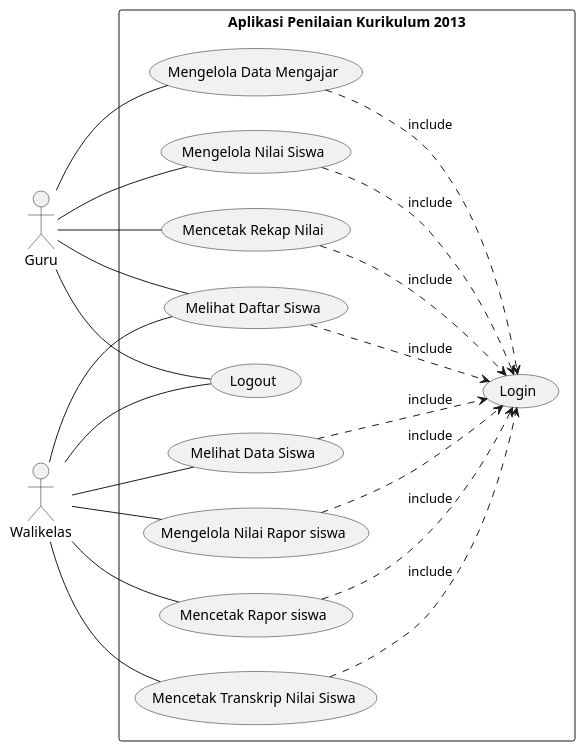
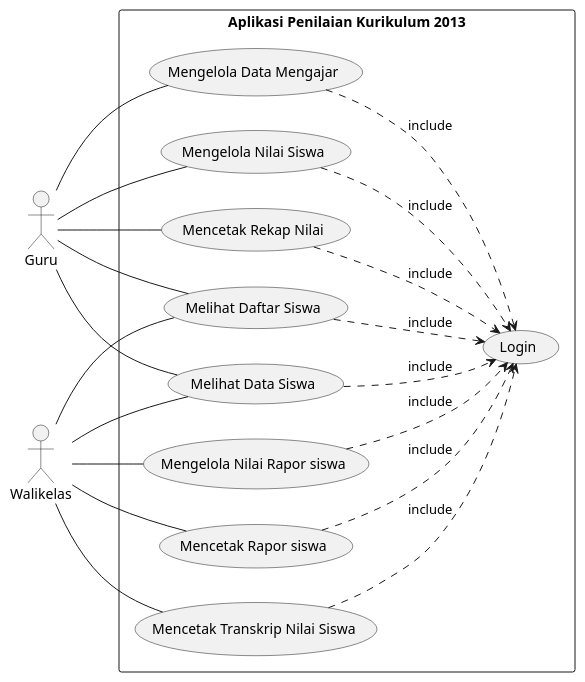
Before and after one commit to rez-f/SmartGuru: the diagram in app/src/main/java/apps/rez/com/smartguru/UML/Use Case.puml, drawn with PlantUML. The commit also changed 15 other files, not shown here.

First line of the commit message:
Menambahkan UML

```diff
--- a/app/src/main/java/apps/rez/com/smartguru/UML/Use Case.puml
+++ b/app/src/main/java/apps/rez/com/smartguru/UML/Use Case.puml
@@ -1,33 +1,32 @@
 @startuml
 Left to Right Direction
 skinParam packageStyle rectangle
 actor Guru
 actor Walikelas
 
 rectangle "Aplikasi Penilaian Kurikulum 2013"{
 
     Guru -- (Mengelola Data Mengajar)
     Guru -- (Melihat Daftar Siswa)
     Guru -- (Mengelola Nilai Siswa)
     Guru -- (Mencetak Rekap Nilai)
-    Guru -- (Logout)
+    Guru -- (Melihat Data Siswa)
     Walikelas -- (Melihat Daftar Siswa)
     Walikelas -- (Melihat Data Siswa)
     Walikelas -- (Mengelola Nilai Rapor siswa)
     Walikelas -- (Mencetak Rapor siswa)
     Walikelas -- (Mencetak Transkrip Nilai Siswa)
-    Walikelas -- (Logout)
 
     (Mengelola Data Mengajar)..> (Login) : include
     (Mengelola Nilai Siswa)..> (Login) : include
     (Mencetak Rekap Nilai)..> (Login) : include
 
     (Melihat Daftar Siswa)..> (Login) : include
     (Melihat Data Siswa)..> (Login) : include
     (Mengelola Nilai Rapor siswa)..> (Login) : include
     (Mencetak Rapor siswa)..> (Login) : include
     (Mencetak Transkrip Nilai Siswa)..> (Login) : include
 
 }
 
 @enduml
```
